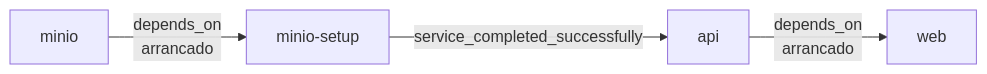
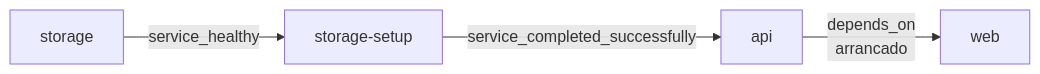
One commit to soyeison/virtual-shoes-catalog changed the diagram in docs/docker.md. Above: the diagram before and after it, drawn with Mermaid. The commit also changed other lines of this file and 2 other files, not shown here.

Commit message:
Update root docs for RustFS storage services

````diff
--- a/docs/docker.md
+++ b/docs/docker.md
@@ -75,6 +81,6 @@
 ```mermaid
 flowchart LR
-    M[minio] -->|depends_on<br/>arrancado| S[minio-setup]
+    M[storage] -->|service_healthy| S[storage-setup]
     S -->|service_completed_successfully| A[api]
     A -->|depends_on<br/>arrancado| W[web]
 ```
````
